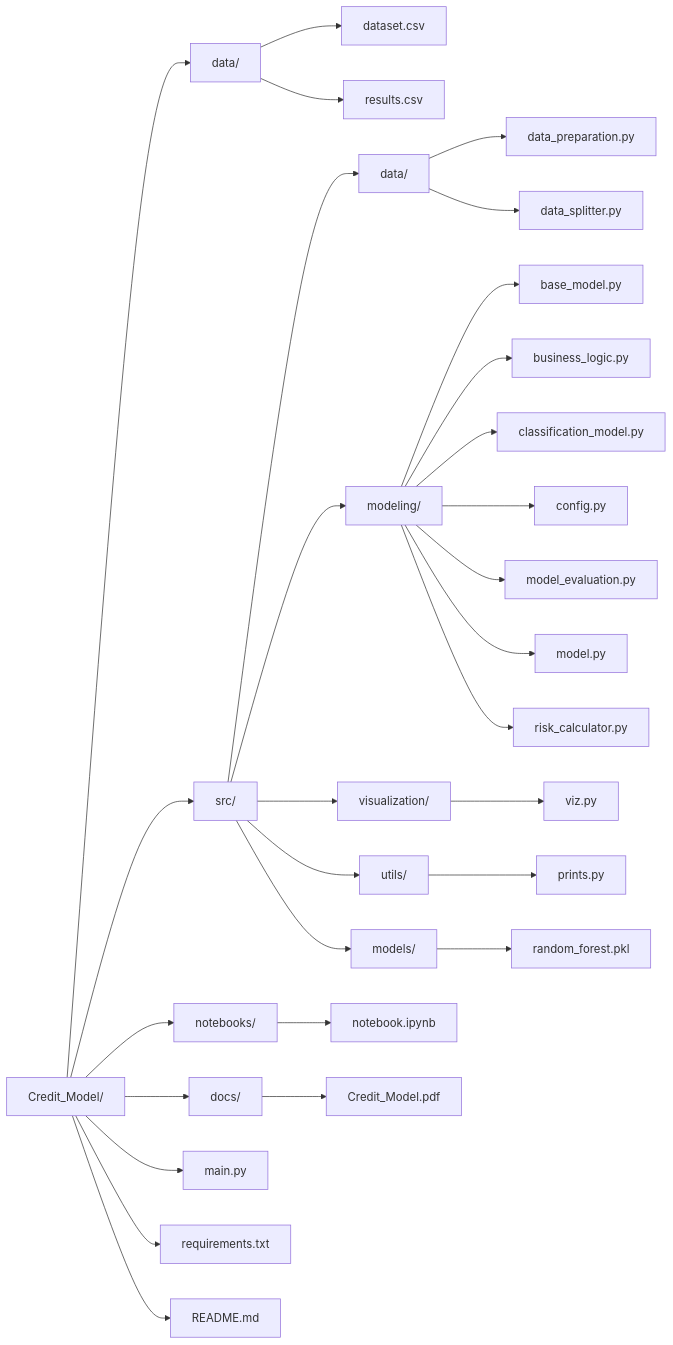
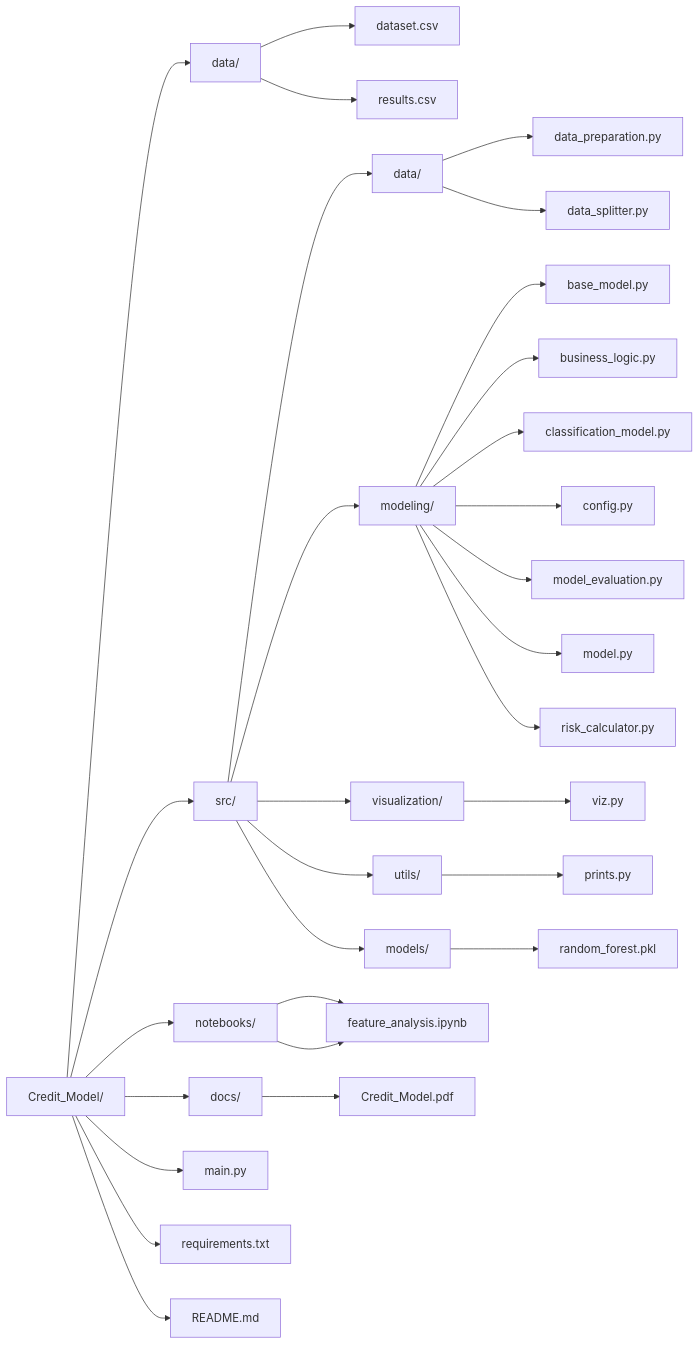
The diagram in docs/credit_model_structure.mmd (ppmelch/Credit_Model), drawn with Mermaid before and after one commit. The commit also changed 2 other files, not shown here.

Commit message:
Add feature analysis notebook to credit model structure diagram

```diff
--- a/docs/credit_model_structure.mmd
+++ b/docs/credit_model_structure.mmd
@@ -1,40 +1,41 @@
 graph LR
     ROOT[Credit_Model/]
 
     ROOT --> DATA[data/]
     ROOT --> SRC[src/]
     ROOT --> NB[notebooks/]
     ROOT --> DOCS[docs/]
     ROOT --> MAIN[main.py]
     ROOT --> REQ[requirements.txt]
     ROOT --> README[README.md]
 
     DATA --> dataset[dataset.csv]
     DATA --> results[results.csv]
 
     SRC --> DATAR[data/]
     SRC --> MODELING[modeling/]
     SRC --> VIZ[visualization/]
     SRC --> UTILS[utils/]
     SRC --> MODELS[models/]
 
     DATAR --> dp[data_preparation.py]
     DATAR --> ds[data_splitter.py]
 
     MODELING --> bm[base_model.py]
     MODELING --> bl[business_logic.py]
     MODELING --> cm[classification_model.py]
     MODELING --> cfg[config.py]
     MODELING --> me[model_evaluation.py]
     MODELING --> mod[model.py]
     MODELING --> rc[risk_calculator.py]
 
     VIZ --> viz[viz.py]
 
     UTILS --> prints[prints.py]
 
     MODELS --> rf[random_forest.pkl]
 
     NB --> notebook[notebook.ipynb]
+    NB --> notebook[feature_analysis.ipynb]
 
     DOCS --> pdf[Credit_Model.pdf]
```
